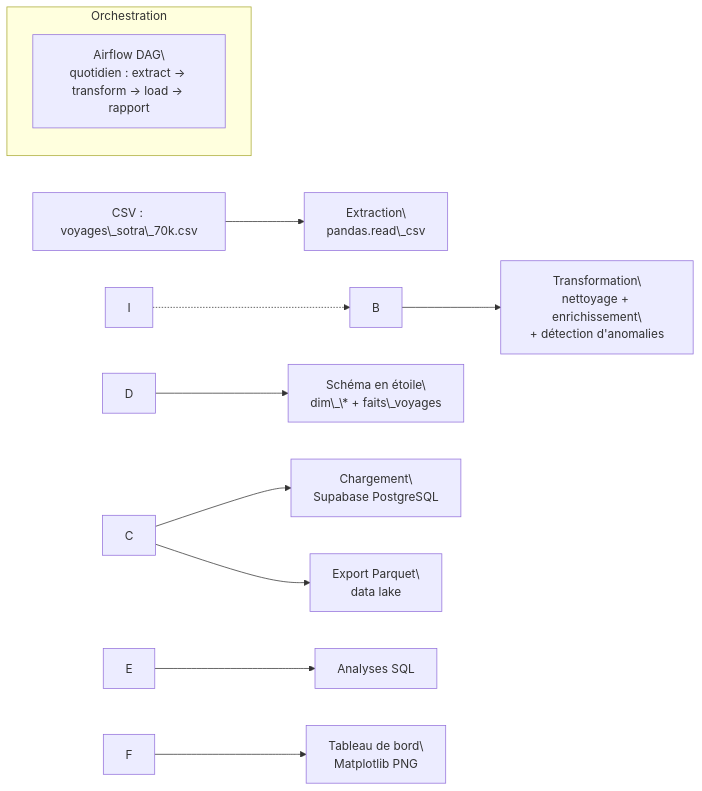
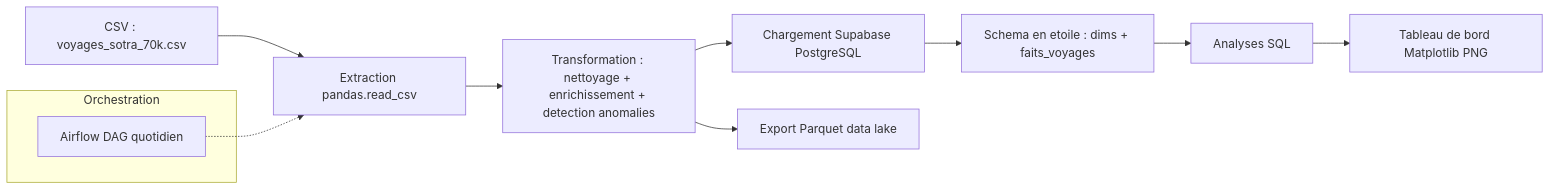
One commit to jonathandelon25-bit/PROJET-DE-FIN-DE-MODULE-DATA-ENGINEERING-transport-SOTRA-CI changed the diagram in README.md. Above: the diagram before and after it, drawn with Mermaid. The commit also changed other lines of this file, not shown here.

````diff
--- a/README.md
+++ b/README.md
@@ -9,15 +9,15 @@
 ```mermaid
 flowchart LR
-    A\[CSV : voyages\_sotra\_70k.csv] --> B\[Extraction\\npandas.read\_csv]
-    B --> C\[Transformation\\nnettoyage + enrichissement\\n+ détection d'anomalies]
-    C --> D\[Chargement\\nSupabase PostgreSQL]
-    D --> E\[Schéma en étoile\\ndim\_\* + faits\_voyages]
-    E --> F\[Analyses SQL]
-    F --> G\[Tableau de bord\\nMatplotlib PNG]
-    C --> H\[Export Parquet\\ndata lake]
+    A[CSV : voyages_sotra_70k.csv] --> B[Extraction pandas.read_csv]
+    B --> C[Transformation : nettoyage + enrichissement + detection anomalies]
+    C --> D[Chargement Supabase PostgreSQL]
+    D --> E[Schema en etoile : dims + faits_voyages]
+    E --> F[Analyses SQL]
+    F --> G[Tableau de bord Matplotlib PNG]
+    C --> H[Export Parquet data lake]
 
     subgraph Orchestration
-        I\[Airflow DAG\\nquotidien : extract -> transform -> load -> rapport]
+        I[Airflow DAG quotidien]
     end
     I -.-> B
 ```
````
